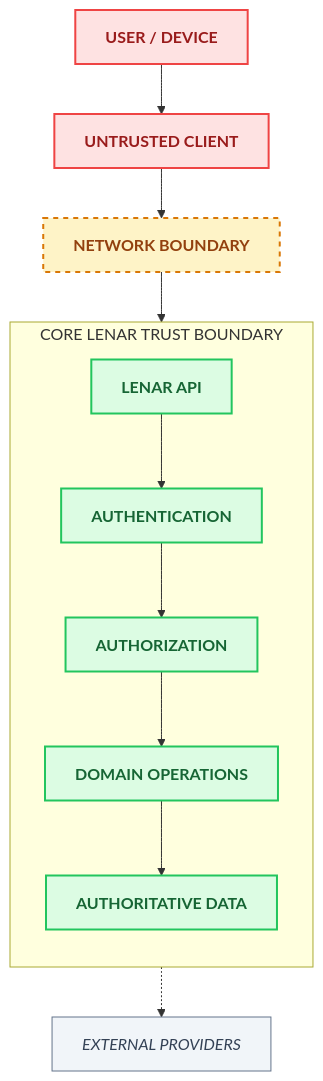
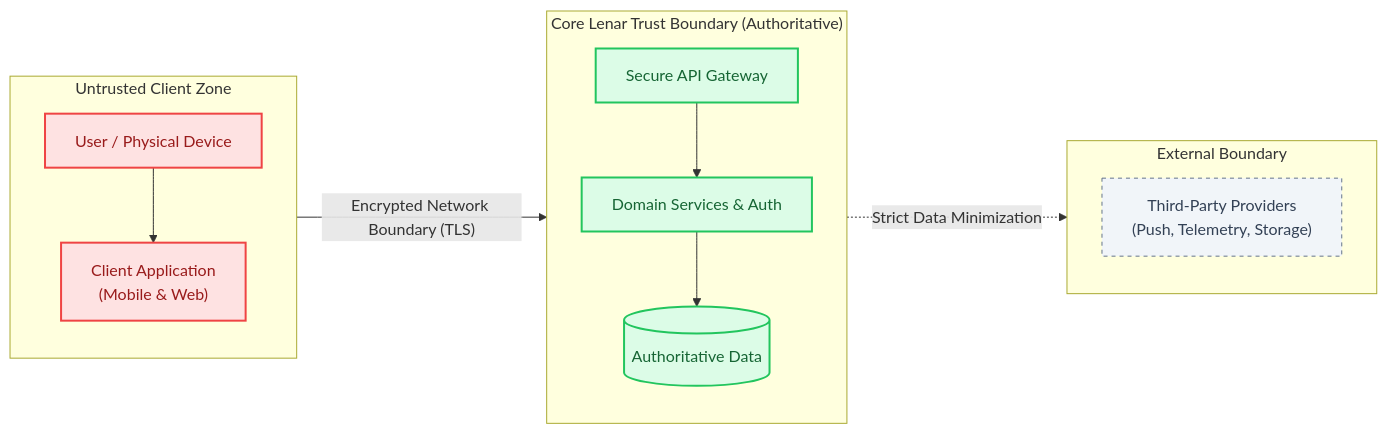
The first of 4 diagrams in docs/product/07-Security-Privacy-Governance.md (davidalbertstark-lab/Lenar), drawn with Mermaid before and after one commit. The commit also changed other lines of this file and 28 other files, not shown here.

Commit message:
docs: system-wide diagram redesign for first-instance comprehension

````diff
--- a/docs/product/07-Security-Privacy-Governance.md
+++ b/docs/product/07-Security-Privacy-Governance.md
@@ -46,39 +49,34 @@
 ```mermaid
-flowchart TD
-    classDef untrusted fill:#fee2e2,stroke:#ef4444,stroke-width:2px,color:#991b1b,font-weight:bold
-    classDef boundary fill:#fef3c7,stroke:#d97706,stroke-width:2px,color:#92400e,font-weight:bold,stroke-dasharray: 5 5
-    classDef trusted fill:#dcfce3,stroke:#22c55e,stroke-width:2px,color:#166534,font-weight:bold
-    classDef external fill:#f1f5f9,stroke:#64748b,stroke-width:1px,color:#334155,font-style:italic
+flowchart LR
+    classDef untrusted fill:#fee2e2,stroke:#ef4444,stroke-width:2px,color:#991b1b
+    classDef trusted fill:#dcfce7,stroke:#22c55e,stroke-width:2px,color:#166534
+    classDef external fill:#f1f5f9,stroke:#64748b,stroke-width:1px,color:#334155,stroke-dasharray: 4 4
 
-    U[USER / DEVICE]
-    UC[UNTRUSTED CLIENT]
-    
-    NB[NETWORK BOUNDARY]
-    
-    subgraph Core [CORE LENAR TRUST BOUNDARY]
+    subgraph UntrustedZone ["Untrusted Client Zone"]
         direction TB
-        API[LENAR API]
-        AuthN[AUTHENTICATION]
-        AuthZ[AUTHORIZATION]
-        DO[DOMAIN OPERATIONS]
-        AD[AUTHORITATIVE DATA]
-        
-        API --> AuthN
-        AuthN --> AuthZ
-        AuthZ --> DO
-        DO --> AD
+        User["User / Physical Device"]
+        ClientApp["Client Application\n(Mobile & Web)"]
+        User --> ClientApp
     end
-    
-    Ext[EXTERNAL PROVIDERS]
-    
-    U --> UC
-    UC --> NB
-    NB --> Core
-    
-    Core -.-> Ext
-    
-    class U,UC untrusted;
-    class NB boundary;
-    class API,AuthN,AuthZ,DO,AD trusted;
-    class Ext external;
+
+    subgraph CoreBoundary ["Core Lenar Trust Boundary (Authoritative)"]
+        direction TB
+        Gateway["Secure API Gateway"]
+        Services["Domain Services & Auth"]
+        DataStore[("Authoritative Data")]
+        Gateway --> Services
+        Services --> DataStore
+    end
+
+    subgraph ExtZone ["External Boundary"]
+        direction TB
+        ExtServices["Third-Party Providers\n(Push, Telemetry, Storage)"]
+    end
+
+    ClientApp -->|"Encrypted Network Boundary (TLS)"| Gateway
+    Services -.->|"Strict Data Minimization"| ExtServices
+
+    class User,ClientApp untrusted;
+    class Gateway,Services,DataStore trusted;
+    class ExtServices external;
 ```
````
